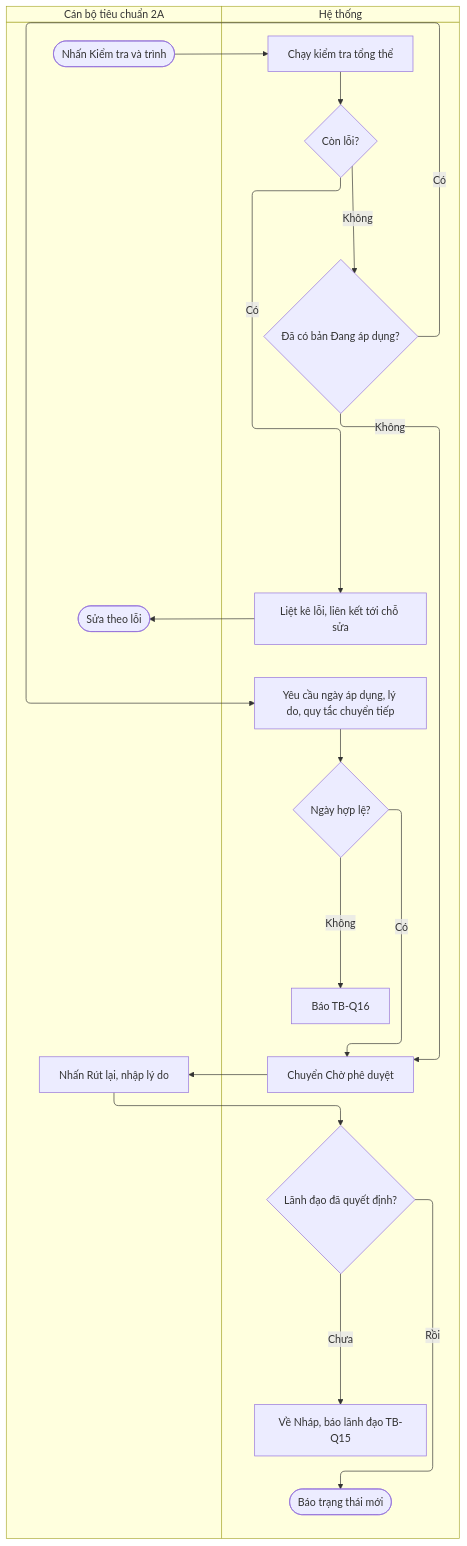
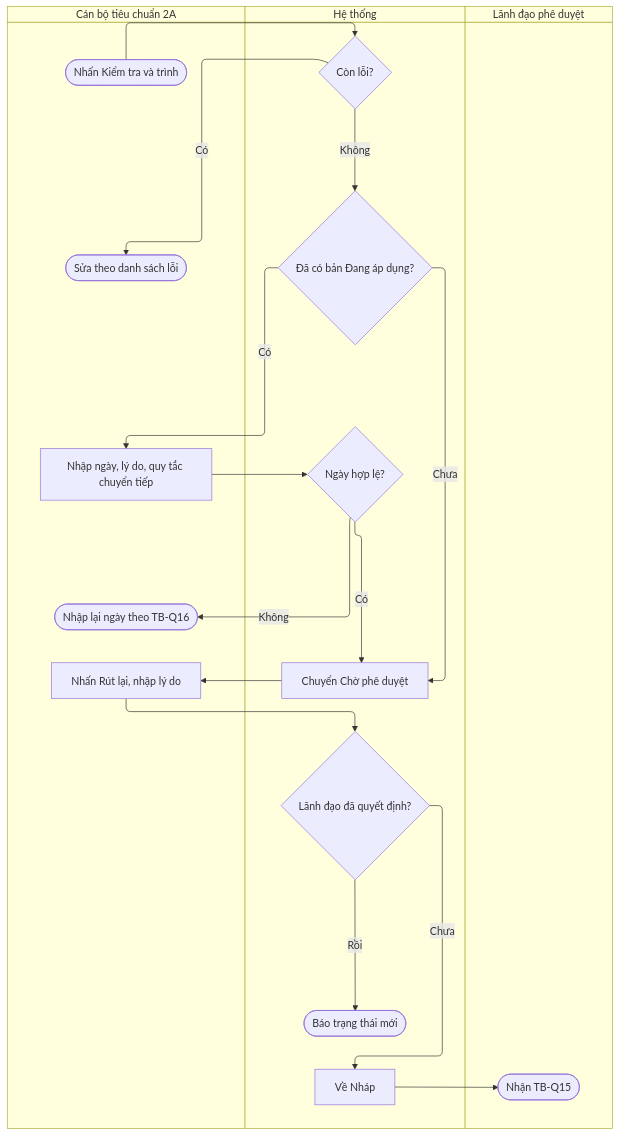
The second of 2 diagrams in docs/prd/quy-trinh-tieu-chuan-txng/7.6-kiem-tra-va-trinh-phe-duyet.md (cuongnh-rd/ndatrace-attp), drawn with Mermaid before and after one commit. The commit also changed other lines of this file and 9 other files, not shown here.

First line of the commit message:
docs(prd): vẽ lại swimlane Quy trình tiêu chuẩn TXNG, phạm vi trùng ngành theo cơ quan cấp 2, sửa tham chiếu luồng

````diff
--- a/docs/prd/quy-trinh-tieu-chuan-txng/7.6-kiem-tra-va-trinh-phe-duyet.md
+++ b/docs/prd/quy-trinh-tieu-chuan-txng/7.6-kiem-tra-va-trinh-phe-duyet.md
@@ -95,35 +93,35 @@
 ```mermaid
 swimlane-beta TB
   subgraph CB["Cán bộ tiêu chuẩn 2A"]
     s(["Nhấn Kiểm tra và trình"])
-    c1(["Sửa theo lỗi"])
-    c2["Nhấn Rút lại, nhập lý do"]
+    c0(["Sửa theo danh sách lỗi"])
+    c1["Nhập ngày, lý do, quy tắc chuyển tiếp"]
+    c4(["Nhập lại ngày theo TB-Q16"])
+    c5["Nhấn Rút lại, nhập lý do"]
   end
   subgraph HT["Hệ thống"]
-    h1["Chạy kiểm tra tổng thể"]
     d1{"Còn lỗi?"}
-    h2["Liệt kê lỗi, liên kết tới chỗ sửa"]
     d2{"Đã có bản Đang áp dụng?"}
-    h3["Yêu cầu ngày áp dụng, lý do, quy tắc chuyển tiếp"]
     d3{"Ngày hợp lệ?"}
-    h4["Báo TB-Q16"]
     h5["Chuyển Chờ phê duyệt"]
     d4{"Lãnh đạo đã quyết định?"}
-    h6["Về Nháp, báo lãnh đạo TB-Q15"]
-    h7(["Báo trạng thái mới"])
+    h6(["Báo trạng thái mới"])
+    h7["Về Nháp"]
   end
-  s --> h1
-  h1 --> d1
-  d1 -->|Có| h2
-  h2 --> c1
+  subgraph LD["Lãnh đạo phê duyệt"]
+    l1(["Nhận TB-Q15"])
+  end
+  s --> d1
+  d1 -->|Có| c0
   d1 -->|Không| d2
-  d2 -->|Không| h5
-  d2 -->|Có| h3
-  h3 --> d3
-  d3 -->|Không| h4
+  d2 -->|Có| c1
+  d2 -->|Chưa| h5
+  c1 --> d3
+  d3 -->|Không| c4
   d3 -->|Có| h5
-  h5 --> c2
-  c2 --> d4
-  d4 -->|Chưa| h6
-  d4 -->|Rồi| h7
+  h5 --> c5
+  c5 --> d4
+  d4 -->|Rồi| h6
+  d4 -->|Chưa| h7
+  h7 --> l1
 ```
````
